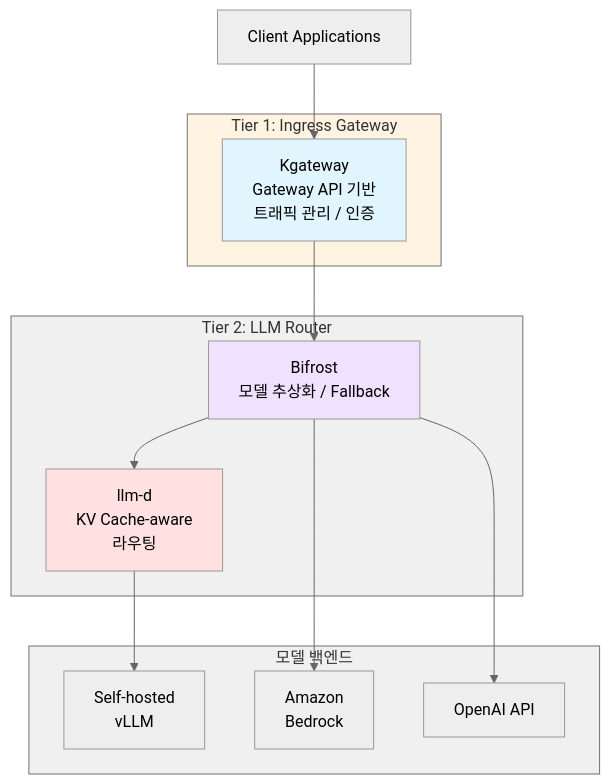
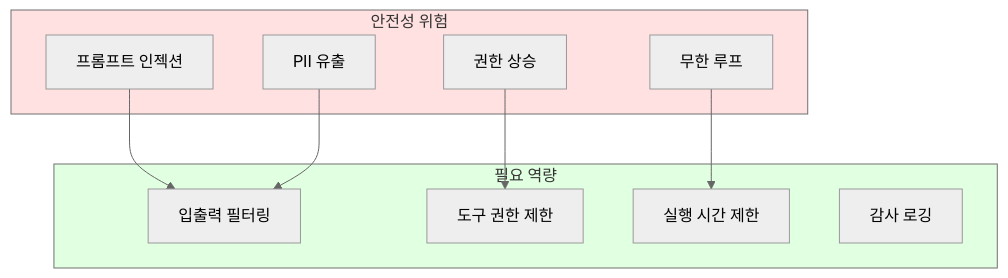
One commit to devfloor9/engineering-playbook changed the third of 4 diagrams in docs/agentic-ai-platform/design-architecture/agentic-ai-challenges.md. Above: the diagram before and after it, drawn with Mermaid (neutral theme). The commit also changed other lines of this file and 6 other files, not shown here.

First line of the commit message:
refactor: design-architecture 문서 흐름 재구성 + 콘텐츠 재배치

````diff
--- a/docs/agentic-ai-platform/design-architecture/agentic-ai-challenges.md
+++ b/docs/agentic-ai-platform/design-architecture/agentic-ai-challenges.md
@@ -288,33 +149,24 @@
 ```mermaid
 flowchart TD
-    CLIENT["Client Applications"]
-
-    subgraph Tier1["Tier 1: Ingress Gateway"]
-        KGW["Kgateway<br/>Gateway API 기반<br/>트래픽 관리 / 인증"]
+    subgraph Risks["안전성 위험"]
+        R1["프롬프트 인젝션"]
+        R2["PII 유출"]
+        R3["무한 루프"]
+        R4["권한 상승"]
     end
 
-    subgraph Tier2["Tier 2: LLM Router"]
-        BIFROST["Bifrost<br/>모델 추상화 / Fallback"]
-        LLMD["llm-d<br/>KV Cache-aware<br/>라우팅"]
+    subgraph Needs["필요 역량"]
+        N1["입출력 필터링"]
+        N2["도구 권한 제한"]
+        N3["실행 시간 제한"]
+        N4["감사 로깅"]
     end
 
-    subgraph Backends["모델 백엔드"]
-        SELF["Self-hosted<br/>vLLM"]
-        BEDROCK["Amazon<br/>Bedrock"]
-        OPENAI["OpenAI API"]
-    end
+    R1 --> N1
+    R2 --> N1
+    R3 --> N3
+    R4 --> N2
 
-    CLIENT --> KGW
-    KGW --> BIFROST
-    BIFROST --> LLMD
-    LLMD --> SELF
-    BIFROST --> BEDROCK
-    BIFROST --> OPENAI
-
-    style KGW fill:#e1f5ff
-    style BIFROST fill:#f0e1ff
-    style LLMD fill:#ffe1e1
-    style Tier1 fill:#fff4e1
-    style Tier2 fill:#f0f0f0
-    style Backends fill:#f0f0f0
+    style Risks fill:#ffe1e1
+    style Needs fill:#e1ffe1
 ```
````
